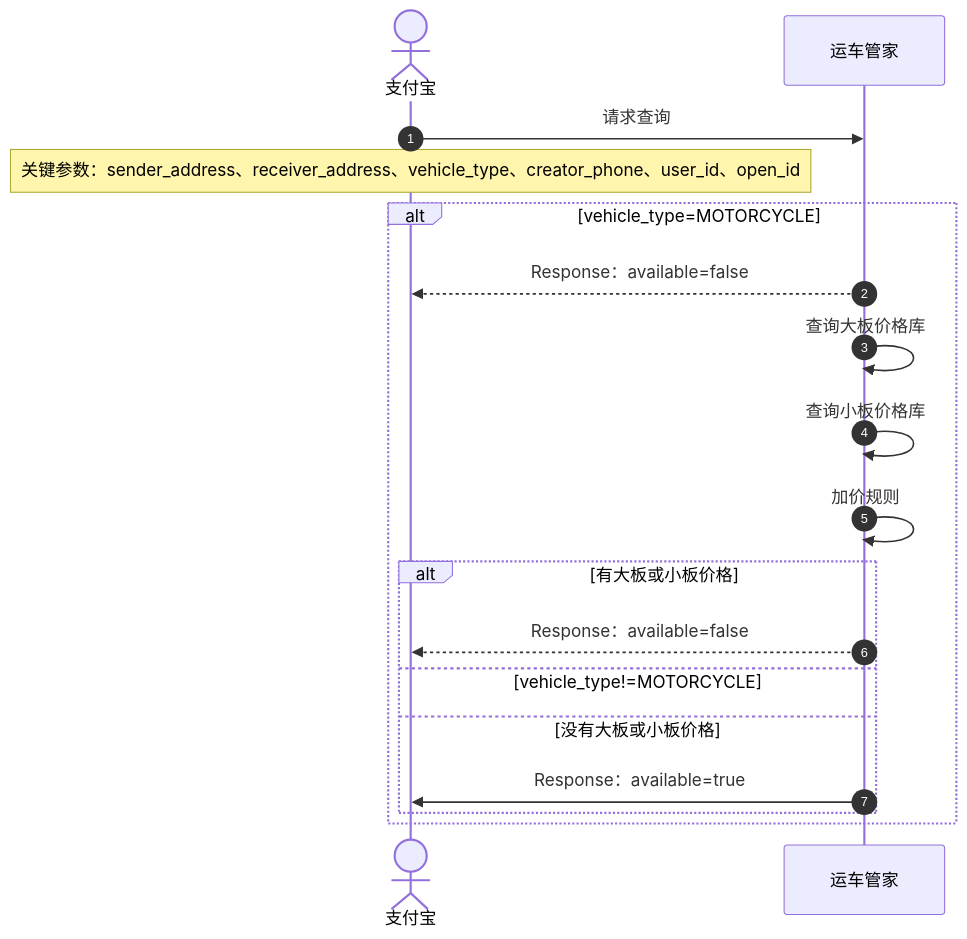
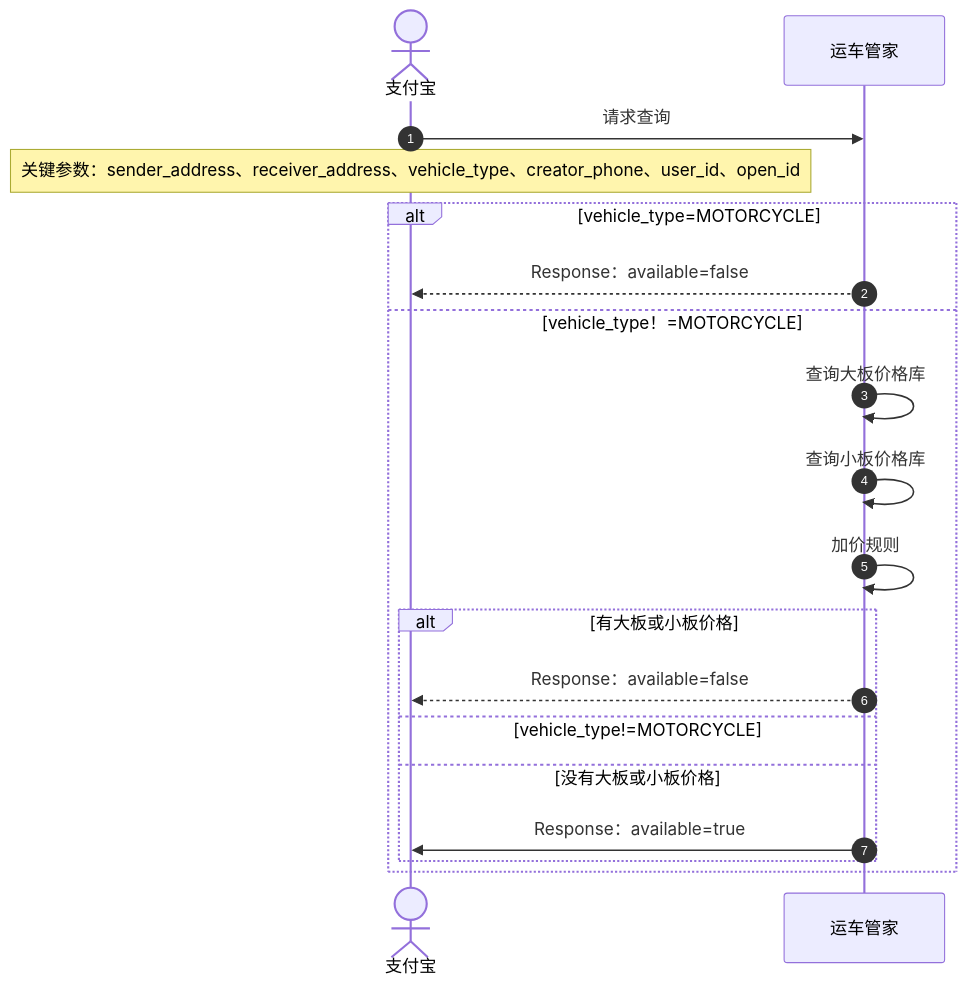
The diagram in mmd/运价查询接口_b66f33fe-f22a-4010-b0a8-42139f03c121.mmd (pingpm/mermaid_vault), drawn with Mermaid before and after one commit. The commit also changed 3 other files, not shown here.

Commit message:
Sync Mermaid Studio data (17 diagrams)

```diff
--- a/mmd/运价查询接口_b66f33fe-f22a-4010-b0a8-42139f03c121.mmd
+++ b/mmd/运价查询接口_b66f33fe-f22a-4010-b0a8-42139f03c121.mmd
@@ -1,18 +1,19 @@
 sequenceDiagram
   autonumber
   actor p0 as 支付宝
   participant p1 as 运车管家
   p0->>p1: 请求查询
   Note over p0: 关键参数：sender_address、receiver_address、vehicle_type、creator_phone、user_id、open_id
   alt vehicle_type=MOTORCYCLE
   p1-->>p0: Response：available=false
+  else vehicle_type！=MOTORCYCLE
   p1->>p1: 查询大板价格库
   p1->>p1: 查询小板价格库
   p1->>p1: 加价规则
   alt 有大板或小板价格
   p1-->>p0: Response：available=false
   else vehicle_type!=MOTORCYCLE
   else 没有大板或小板价格
   p1->>p0: Response：available=true
   end
   end
```
